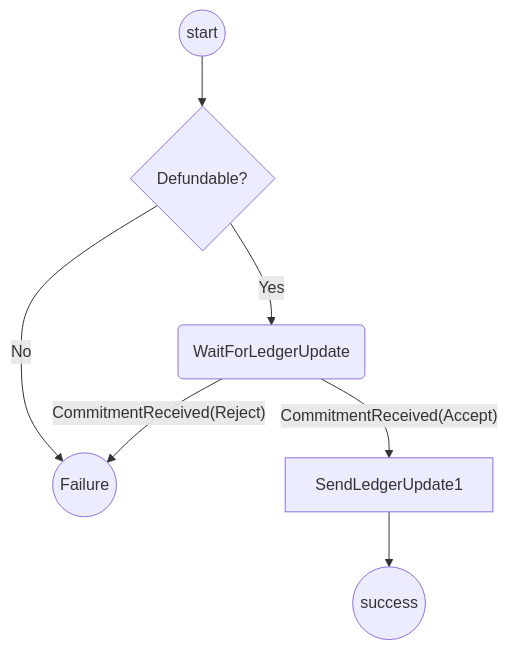
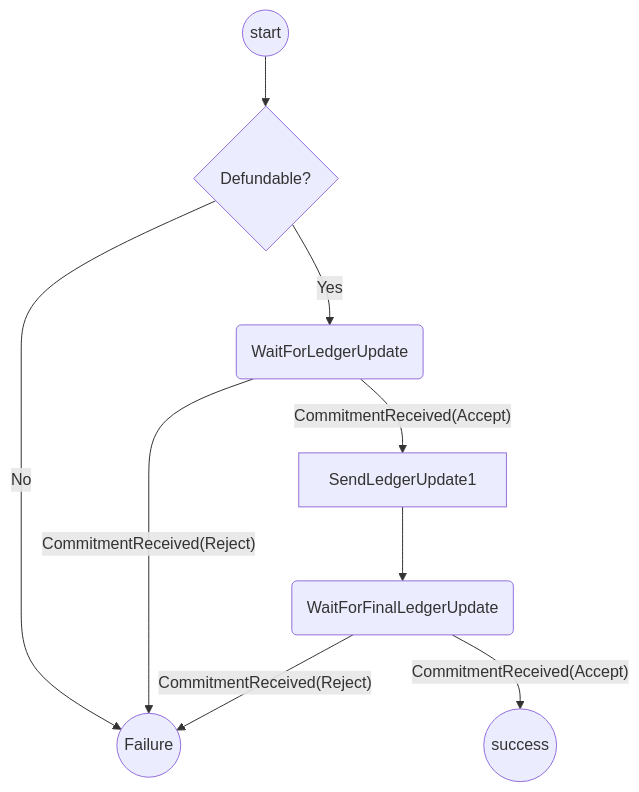
The second of 2 diagrams in packages/wallet/src/redux/protocols/indirect-defunding/readme.md (magmo/apps), drawn with Mermaid before and after one commit. The commit also changed other lines of this file, not shown here.

Commit message:
Update readme to wait for final update

````diff
--- a/packages/wallet/src/redux/protocols/indirect-defunding/readme.md
+++ b/packages/wallet/src/redux/protocols/indirect-defunding/readme.md
@@ -27,9 +28,12 @@
 ```mermaid
 graph TD
   St((start))-->DF{Defundable?}
   DF --> |No| F((Failure))
   DF --> |Yes| WFU(WaitForLedgerUpdate)
-  WFU-->|"CommitmentReceived(Accept)"|SC[SendLedgerUpdate1]
-SC-->S((success))
-   WFU --> |"CommitmentReceived(Reject)"| F
+  WFU-->|"CommitmentReceived(Accept)"|SC1[SendLedgerUpdate1]
+  WFU --> |"CommitmentReceived(Reject)"| F
+  SC1-->WFFU(WaitForFinalLedgerUpdate)
+  WFFU-->|"CommitmentReceived(Accept)"|S((success))
+  WFFU-->|"CommitmentReceived(Reject)"|F
+
 ```
````
